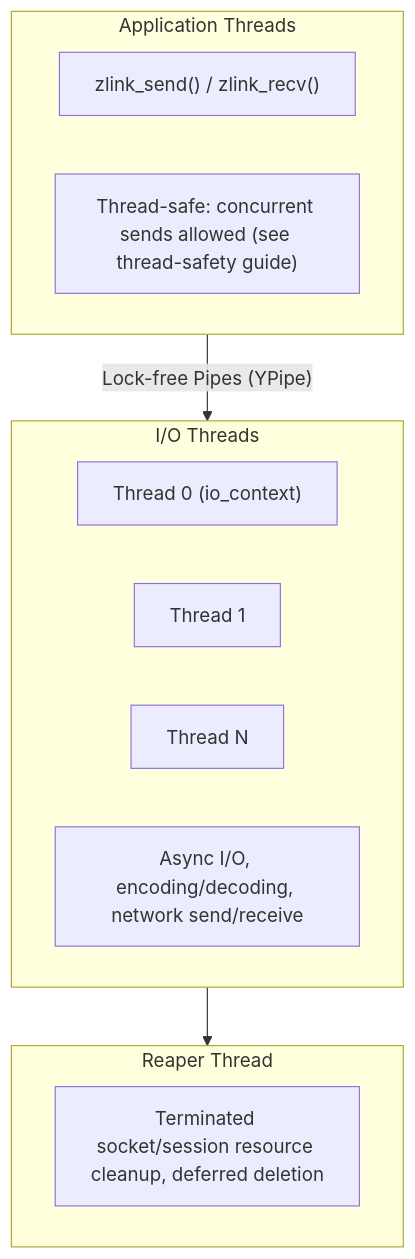
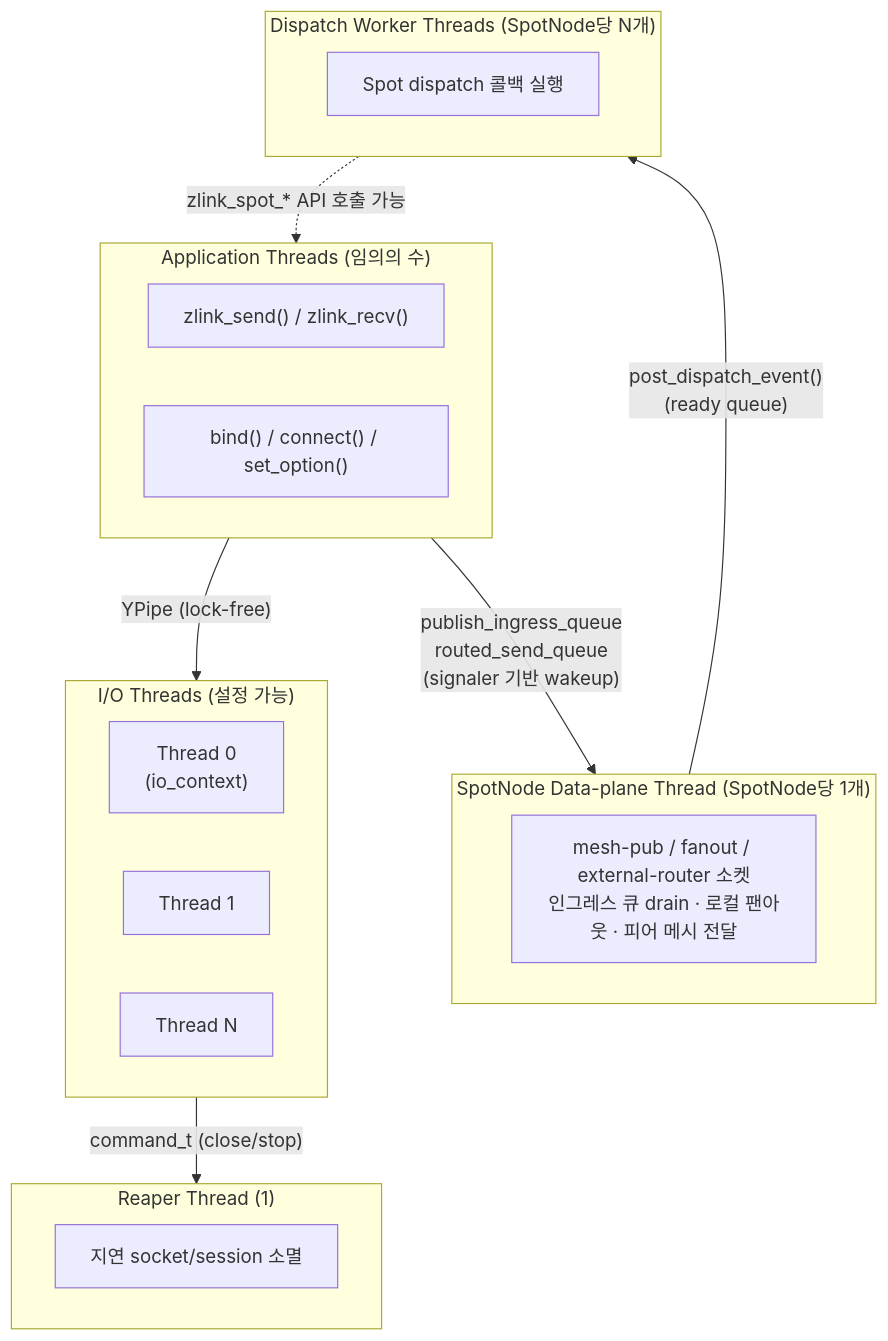
The first of 2 diagrams in doc/site/docs/internals/threading-model.ko.md (kairos-code-dev/zlink), drawn with Mermaid before and after one commit. The commit also changed other lines of this file and 51 other files, not shown here.

````diff
--- a/doc/site/docs/internals/threading-model.ko.md
+++ b/doc/site/docs/internals/threading-model.ko.md
@@ -16,20 +33,28 @@
 ```mermaid
 flowchart TB
-    subgraph APP["Application Threads"]
+    subgraph APP["Application Threads (임의의 수)"]
         direction LR
         A1["zlink_send() / zlink_recv()"]
-        A2["Thread-safe: concurrent sends allowed (see thread-safety guide)"]
+        A2["bind() / connect() / set_option()"]
     end
-    subgraph IO["I/O Threads"]
+    subgraph IO["I/O Threads (설정 가능)"]
         direction LR
-        T0["Thread 0 (io_context)"]
+        T0["Thread 0\n(io_context)"]
         T1["Thread 1"]
         TN["Thread N"]
-        IO_DESC["Async I/O, encoding/decoding, network send/receive"]
     end
-    subgraph REAPER["Reaper Thread"]
-        R1["Terminated socket/session resource cleanup, deferred deletion"]
+    subgraph REAPER["Reaper Thread (1)"]
+        R1["지연 socket/session 소멸"]
     end
-    APP -- "Lock-free Pipes (YPipe)" --> IO
-    IO --> REAPER
+    subgraph SPOT_DATA["SpotNode Data-plane Thread (SpotNode당 1개)"]
+        DP["mesh-pub / fanout / external-router 소켓\n인그레스 큐 drain · 로컬 팬아웃 · 피어 메시 전달"]
+    end
+    subgraph SPOT_WORKERS["Dispatch Worker Threads (SpotNode당 N개)"]
+        W1["Spot dispatch 콜백 실행"]
+    end
+    APP -- "YPipe (lock-free)" --> IO
+    IO -- "command_t (close/stop)" --> REAPER
+    APP -- "publish_ingress_queue\nrouted_send_queue\n(signaler 기반 wakeup)" --> SPOT_DATA
+    SPOT_DATA -- "post_dispatch_event()\n(ready queue)" --> SPOT_WORKERS
+    SPOT_WORKERS -. "zlink_spot_* API 호출 가능" .-> APP
 ```
````
